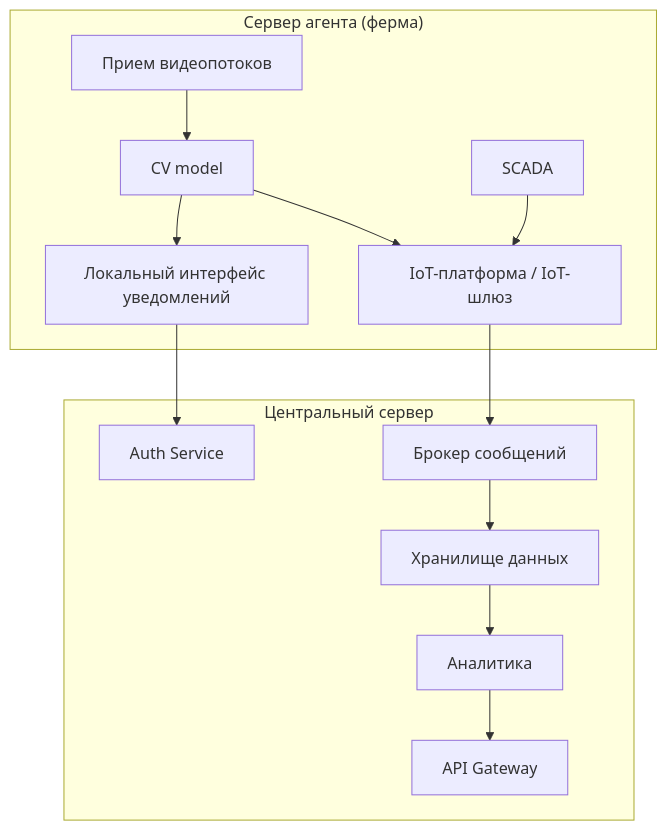
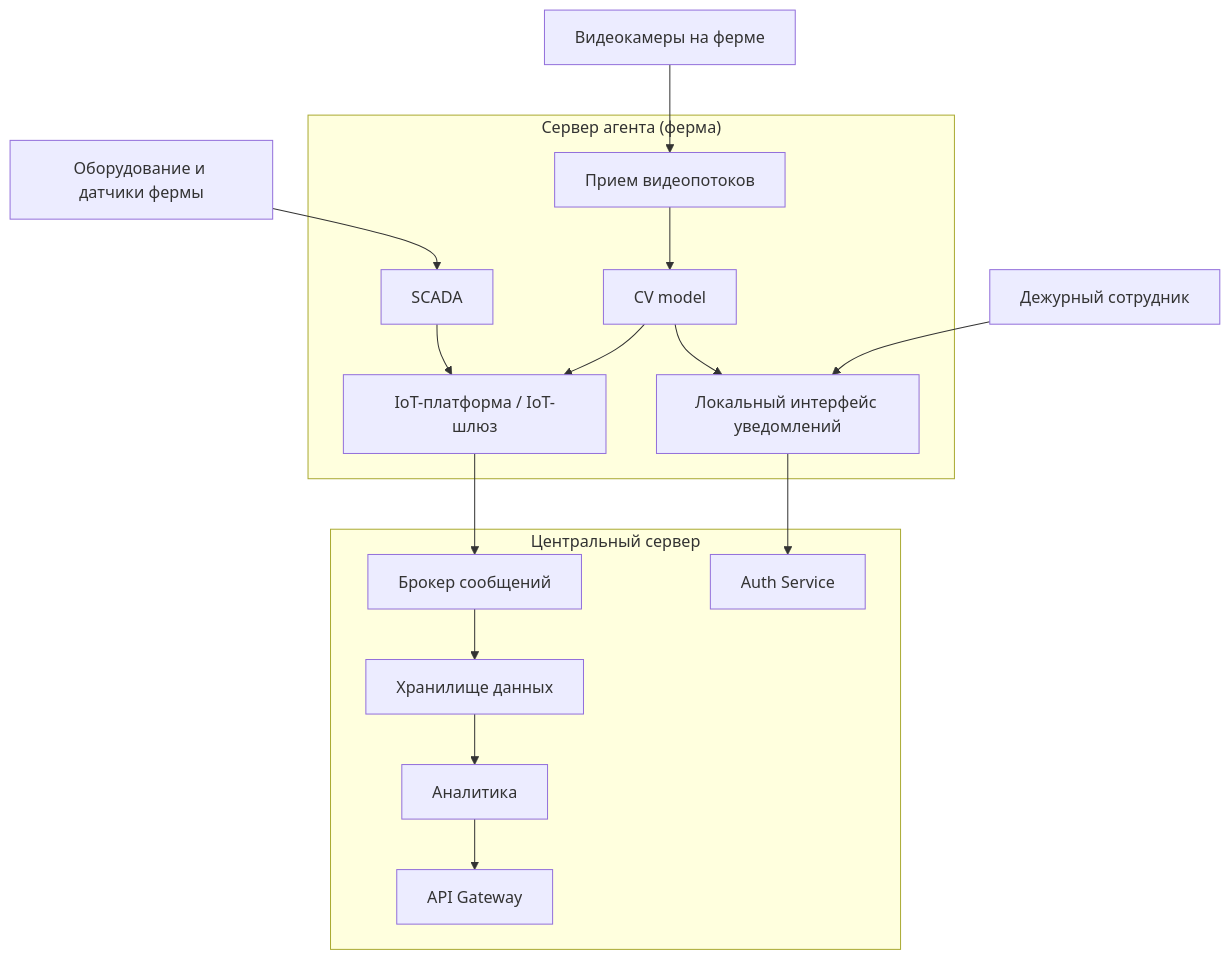
Before and after one commit to Fedos0612/MSA-AgroTech: the diagram in Task2/ADR 2.md, drawn with Mermaid. The commit also changed 2 other files, not shown here.

Commit message:
Исправлены замечания по ADR

````diff
--- a/Task2/ADR 2.md
+++ b/Task2/ADR 2.md
@@ -57,29 +57,38 @@
 ```mermaid
 graph TD
+
+  X[Видеокамеры на ферме]
+  Y[Оборудование и датчики фермы]
+  Z[Дежурный сотрудник]
 
   subgraph Edge_Server["Сервер агента (ферма)"]
     A[IoT-платформа / IoT-шлюз]
     V1[Прием видеопотоков]
     B[CV model]
     D[Локальный интерфейс уведомлений]
     S[SCADA]
   end
 
   subgraph Central_Server["Центральный сервер"]
     C[Брокер сообщений]
     E[Хранилище данных]
     F[Аналитика]
     G[API Gateway]
     H[Auth Service]
   end
 
+  X --> V1
   V1 --> B
   B --> D
+  Z --> D
+
+  Y --> S
+  S --> A
   B --> A
-  S --> A
+
   A --> C
   C --> E
   E --> F
   F --> G
   D --> H
 ```
````
